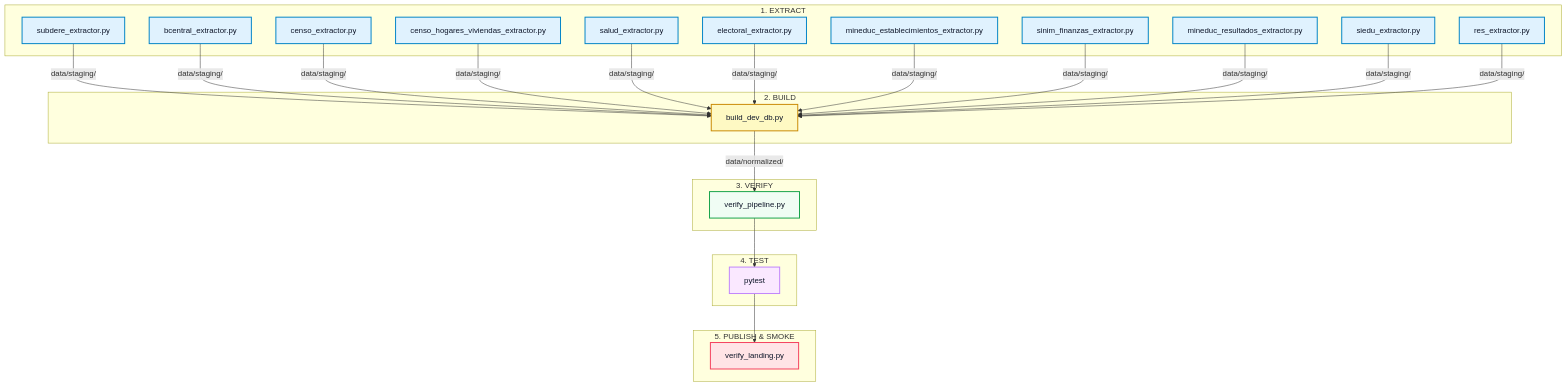
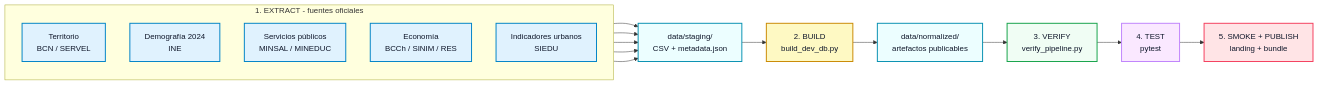
One commit to cortega26/chile-hub changed the first of 2 diagrams in README.md. Above: the diagram before and after it, drawn with Mermaid. The commit also changed other lines of this file, not shown here.

Commit message:
docs: polish README pipeline diagram

````diff
--- a/README.md
+++ b/README.md
@@ -388,43 +400,32 @@
 ```mermaid
-graph TD
+flowchart LR
     classDef extract fill:#e0f2fe,stroke:#0284c7,stroke-width:2px,color:#0f172a;
+    classDef stage fill:#ecfeff,stroke:#0891b2,stroke-width:2px,color:#0f172a;
     classDef build fill:#fef9c3,stroke:#ca8a04,stroke-width:2px,color:#0f172a;
     classDef verify fill:#f0fdf4,stroke:#16a34a,stroke-width:2px,color:#0f172a;
     classDef test fill:#fae8ff,stroke:#c084fc,stroke-width:2px,color:#0f172a;
     classDef publish fill:#ffe4e6,stroke:#f43f5e,stroke-width:2px,color:#0f172a;
 
-    subgraph 1 [1. EXTRACT]
-        E1[subdere_extractor.py]:::extract
-        E2[bcentral_extractor.py]:::extract
-        E3[censo_extractor.py]:::extract
-        E4[censo_hogares_viviendas_extractor.py]:::extract
-        E5[salud_extractor.py]:::extract
-        E6[electoral_extractor.py]:::extract
-        E7[mineduc_establecimientos_extractor.py]:::extract
-        E8[sinim_finanzas_extractor.py]:::extract
-        E9[mineduc_resultados_extractor.py]:::extract
-        E10[siedu_extractor.py]:::extract
-        E11[res_extractor.py]:::extract
+    subgraph EXTRACT["1. EXTRACT - fuentes oficiales"]
+        direction TB
+        X1["Territorio<br/>BCN / SERVEL"]:::extract
+        X2["Demografía 2024<br/>INE"]:::extract
+        X3["Servicios públicos<br/>MINSAL / MINEDUC"]:::extract
+        X4["Economía<br/>BCCh / SINIM / RES"]:::extract
+        X5["Indicadores urbanos<br/>SIEDU"]:::extract
     end
 
-    subgraph 2 [2. BUILD]
-        B1[build_dev_db.py]:::build
-    end
+    S["data/staging/<br/>CSV + metadata.json"]:::stage
+    B["2. BUILD<br/>build_dev_db.py"]:::build
+    N["data/normalized/<br/>artefactos publicables"]:::stage
+    V["3. VERIFY<br/>verify_pipeline.py"]:::verify
+    T["4. TEST<br/>pytest"]:::test
+    L["5. SMOKE + PUBLISH<br/>landing + bundle"]:::publish
 
-    subgraph 3 [3. VERIFY]
-        V1[verify_pipeline.py]:::verify
-    end
-
-    subgraph 4 [4. TEST]
-        T1[pytest]:::test
-    end
-
-    subgraph 5 [5. PUBLISH & SMOKE]
-        L1[verify_landing.py]:::publish
-    end
-
-    E1 & E2 & E3 & E4 & E5 & E6 & E7 & E8 & E9 & E10 & E11 -->|data/staging/| B1
-    B1 -->|data/normalized/| V1
-    V1 --> T1
-    T1 --> L1
+    X1 --> S
+    X2 --> S
+    X3 --> S
+    X4 --> S
+    X5 --> S
+    S --> B --> N --> V --> T --> L
 ```
````
